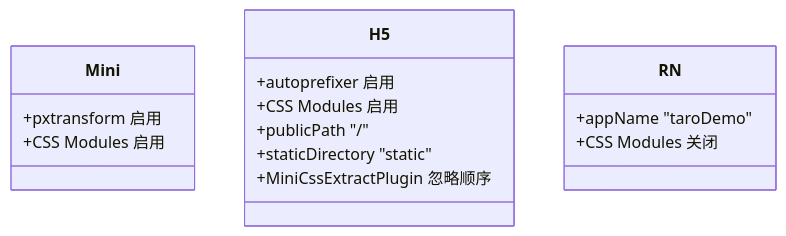
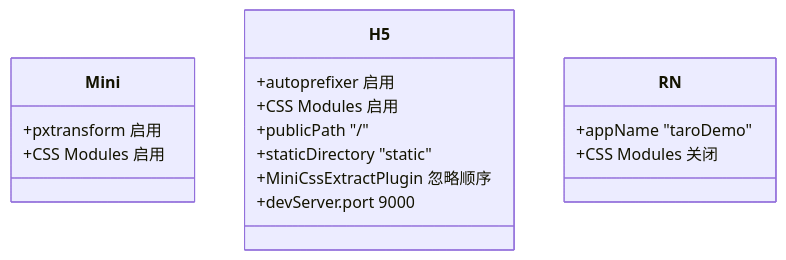
One commit to zuolinbao/redbook changed the eighth of 10 diagrams in .qoder/repowiki/zh/content/架构设计/构建配置系统.md. Above: the diagram before and after it, drawn with Mermaid. The commit also changed other lines of this file and 8 other files, not shown here.

Commit message:
feat: 新增Icon组件，SliderVerify使用SVG图标替代emoji

````diff
--- a/.qoder/repowiki/zh/content/架构设计/构建配置系统.md
+++ b/.qoder/repowiki/zh/content/架构设计/构建配置系统.md
@@ -194,18 +251,19 @@
 ```mermaid
 classDiagram
 class Mini {
 +pxtransform 启用
 +CSS Modules 启用
 }
 class H5 {
 +autoprefixer 启用
 +CSS Modules 启用
 +publicPath "/"
 +staticDirectory "static"
 +MiniCssExtractPlugin 忽略顺序
++devServer.port 9000
 }
 class RN {
 +appName "taroDemo"
 +CSS Modules 关闭
 }
 ```
````
